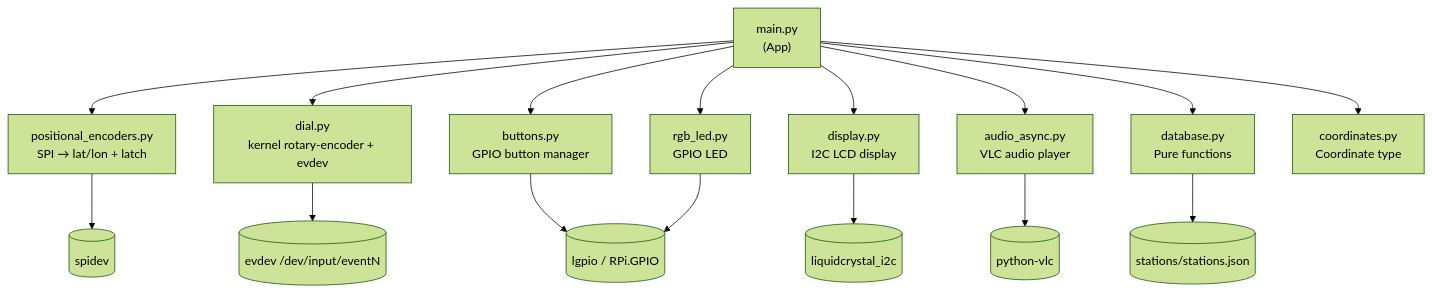
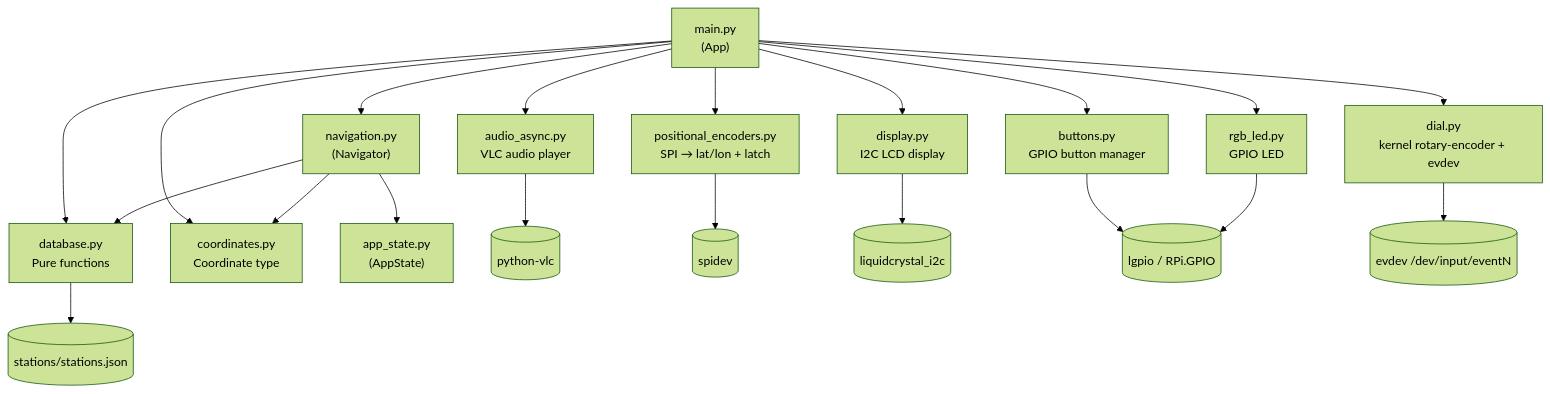
One commit to milnepe/RadioGlobe changed the diagram in ARCHITECTURE.md. Above: the diagram before and after it, drawn with Mermaid (forest theme). The commit also changed other lines of this file, not shown here.

First line of the commit message:
Update ARCHITECTURE.md for the App/AppState/Navigator decoupling

````diff
--- a/ARCHITECTURE.md
+++ b/ARCHITECTURE.md
@@ -126,21 +128,26 @@
 ```mermaid
 graph TD
     main["main.py\n(App)"]
 
     main --> positional["positional_encoders.py\nSPI → lat/lon + latch"]
     main --> dial["dial.py\nkernel rotary-encoder + evdev"]
     main --> buttons["buttons.py\nGPIO button manager"]
     main --> display["display.py\nI2C LCD display"]
     main --> led["rgb_led.py\nGPIO LED"]
     main --> audio["audio_async.py\nVLC audio player"]
+    main --> nav["navigation.py\n(Navigator)"]
     main --> database["database.py\nPure functions"]
     main --> coordinates["coordinates.py\nCoordinate type"]
+
+    nav --> appstate["app_state.py\n(AppState)"]
+    nav --> database
+    nav --> coordinates
 
     database --> stations[("stations/stations.json")]
     audio --> vlc[("python-vlc")]
     positional --> spidev[("spidev")]
     display --> i2c[("liquidcrystal_i2c")]
     buttons --> gpio[("lgpio / RPi.GPIO")]
     dial --> input[("evdev /dev/input/eventN")]
     led --> gpio
 ```
````
